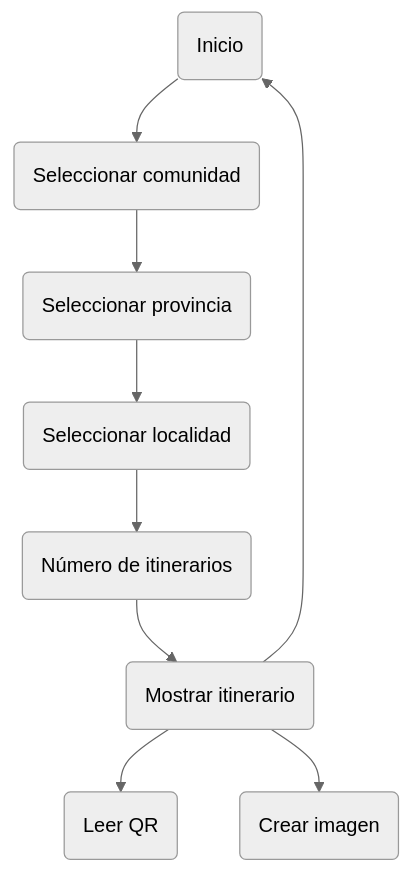
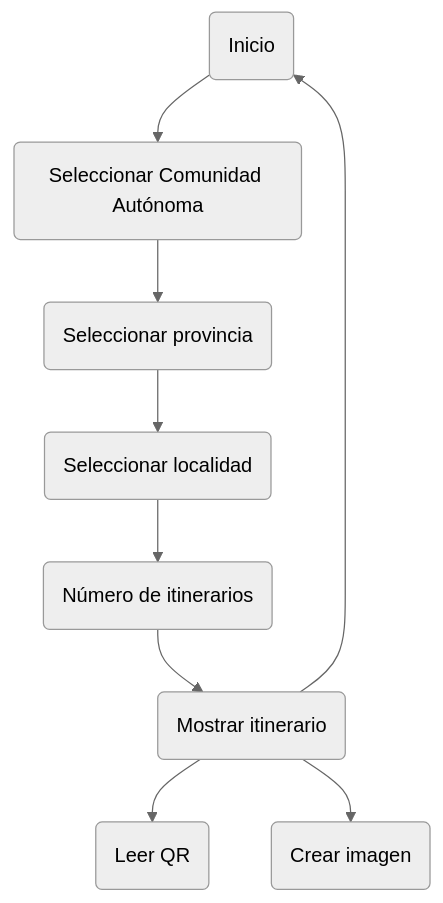
The diagram in README.md (juancmacias/consumo_API), drawn with Mermaid (neutral theme) before and after one commit.

````diff
--- a/README.md
+++ b/README.md
@@ -48,9 +48,9 @@
 ```mermaid
 graph TD;
-    A(Inicio)-->B(Seleccionar comunidad)-->C(Seleccionar provincia)-->D(Seleccionar localidad);
+    A(Inicio)-->B(Seleccionar Comunidad Autónoma)-->C(Seleccionar provincia)-->D(Seleccionar localidad);
     D-->E(Número de itinerarios);
     E-->F(Mostrar itinerario);
     F-->A;
     F-->G(Leer QR);
     F-->H(Crear imagen);
 ```
````
